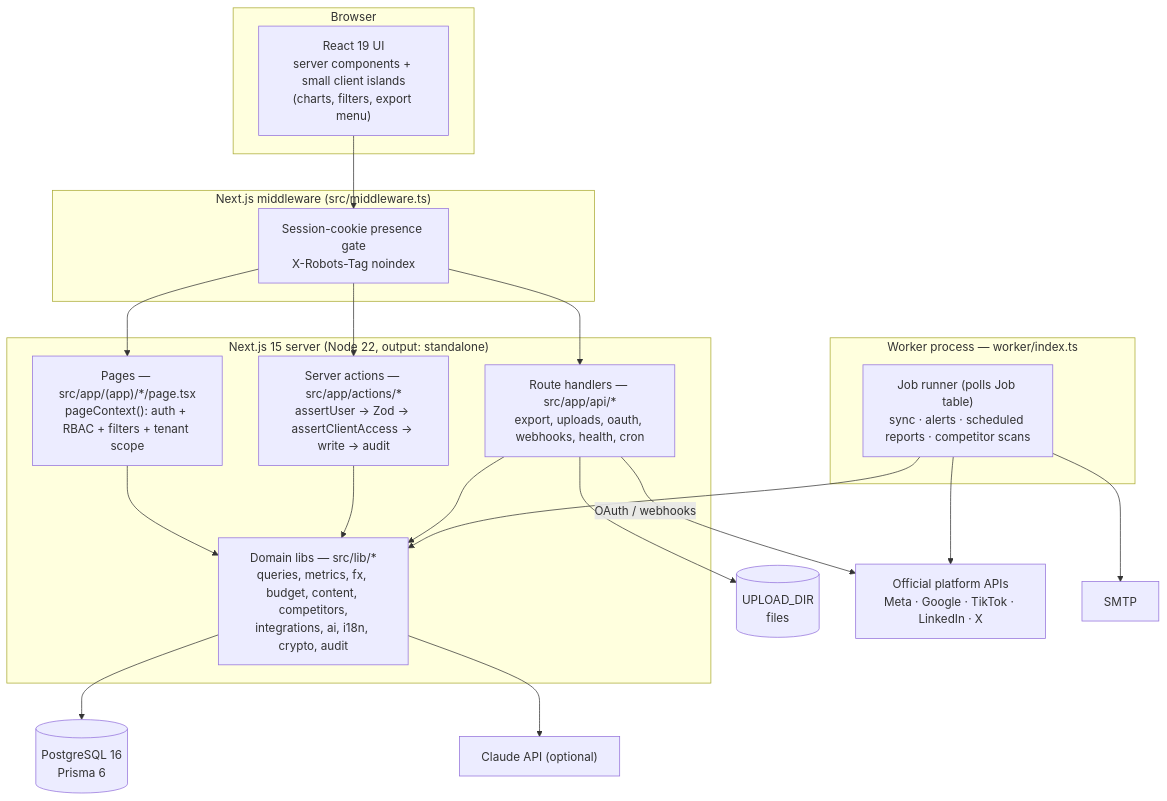
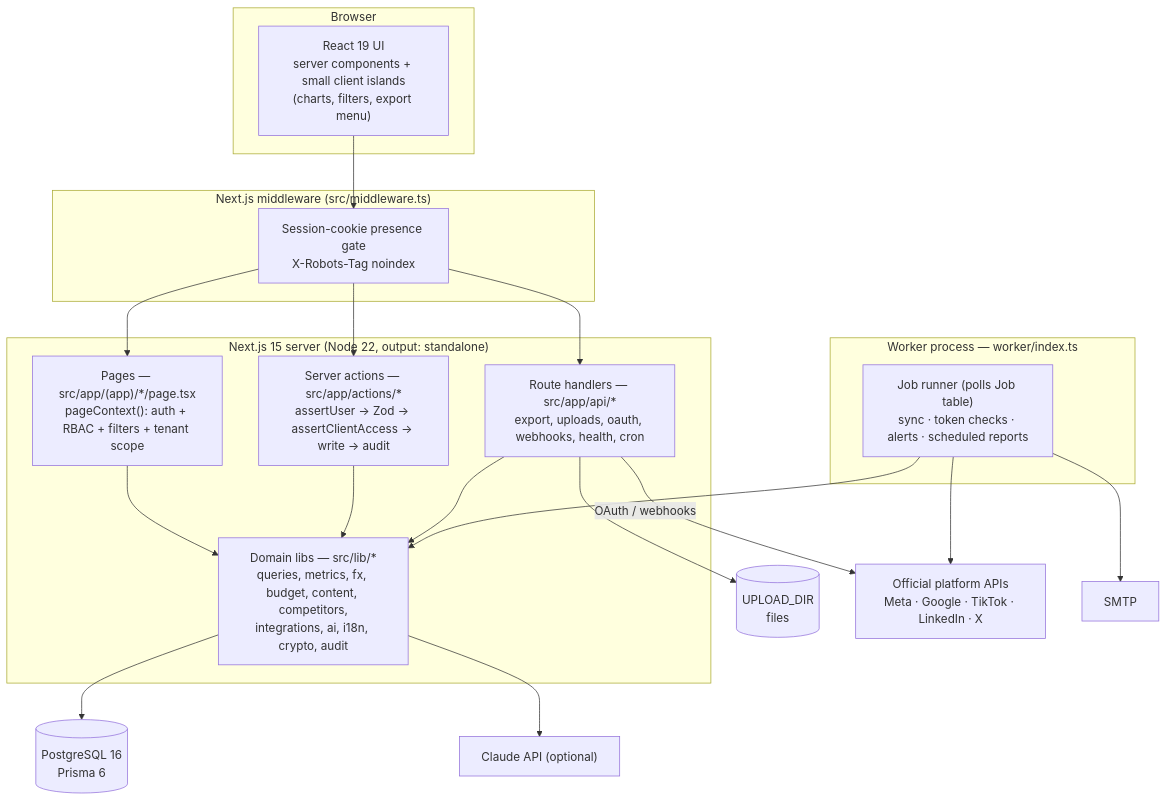
One commit to mastersa3d/ads.dashboard.attract changed the first of 4 diagrams in docs/01-product-architecture.md. Above: the diagram before and after it, drawn with Mermaid. The commit also changed other lines of this file and 36 other files, not shown here.

First line of the commit message:
Architecture docs (01-08), API/integration/deployment/backup/security docs, bilingual user guides, Docker/Compose/Caddy/PM2 deploy files, backup scripts, CI, create-admin script

````diff
--- a/docs/01-product-architecture.md
+++ b/docs/01-product-architecture.md
@@ -26,32 +26,32 @@
 ```mermaid
 flowchart TB
   subgraph Browser
     UI["React 19 UI<br/>server components + small client islands<br/>(charts, filters, export menu)"]
   end
   subgraph Edge["Next.js middleware (src/middleware.ts)"]
     MW["Session-cookie presence gate<br/>X-Robots-Tag noindex"]
   end
   subgraph App["Next.js 15 server (Node 22, output: standalone)"]
     PAGES["Pages — src/app/(app)/*/page.tsx<br/>pageContext(): auth + RBAC + filters + tenant scope"]
     ACTIONS["Server actions — src/app/actions/*<br/>assertUser → Zod → assertClientAccess → write → audit"]
     ROUTES["Route handlers — src/app/api/*<br/>export, uploads, oauth, webhooks, health, cron"]
     LIB["Domain libs — src/lib/*<br/>queries, metrics, fx, budget, content, competitors,<br/>integrations, ai, i18n, crypto, audit"]
   end
   subgraph Worker["Worker process — worker/index.ts"]
-    JOBS["Job runner (polls Job table)<br/>sync · alerts · scheduled reports · competitor scans"]
+    JOBS["Job runner (polls Job table)<br/>sync · token checks · alerts · scheduled reports"]
   end
   DB[(PostgreSQL 16<br/>Prisma 6)]
   FS[(UPLOAD_DIR<br/>files)]
   EXT["Official platform APIs<br/>Meta · Google · TikTok · LinkedIn · X"]
   AI["Claude API (optional)"]
   SMTP["SMTP"]
 
   UI --> MW --> PAGES & ACTIONS & ROUTES
   PAGES & ACTIONS & ROUTES --> LIB --> DB
   ROUTES --> FS
   JOBS --> LIB
   JOBS --> EXT
   ROUTES -- OAuth / webhooks --> EXT
   LIB --> AI
   JOBS --> SMTP
 ```
````
